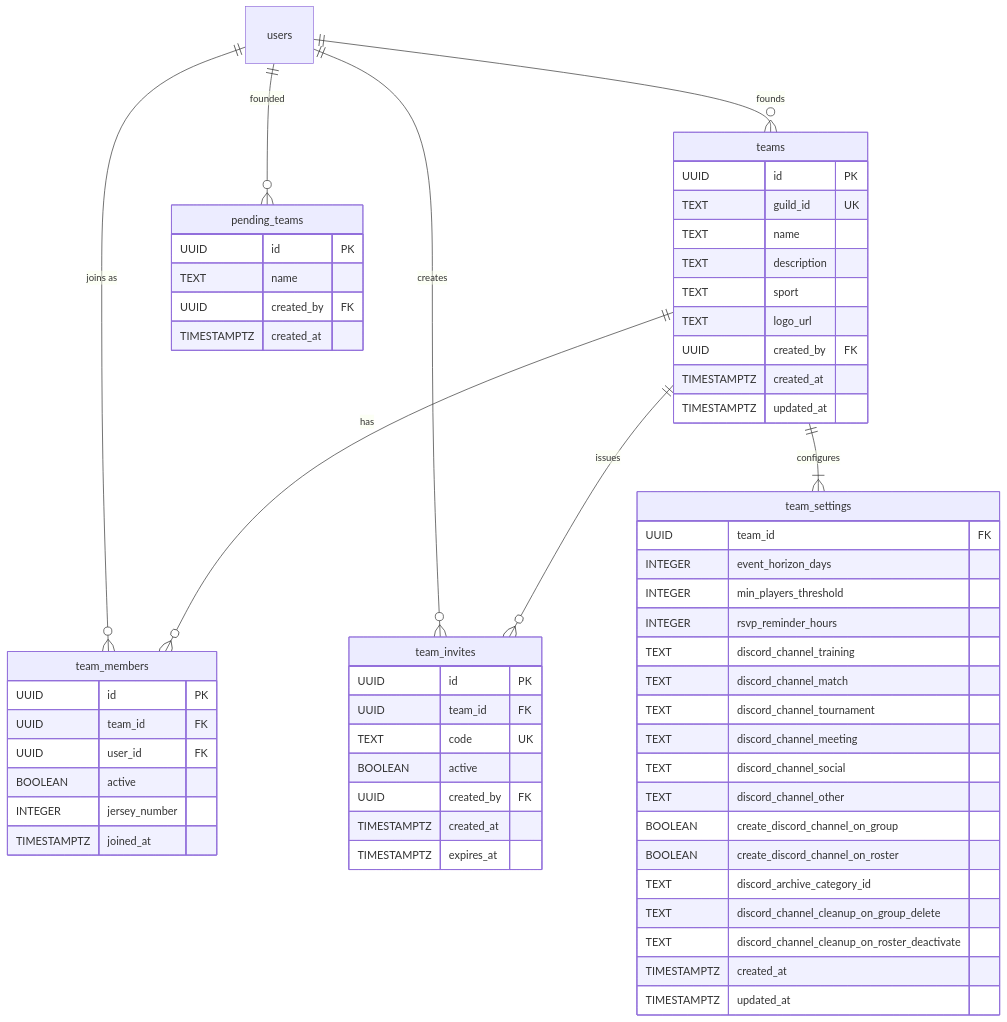
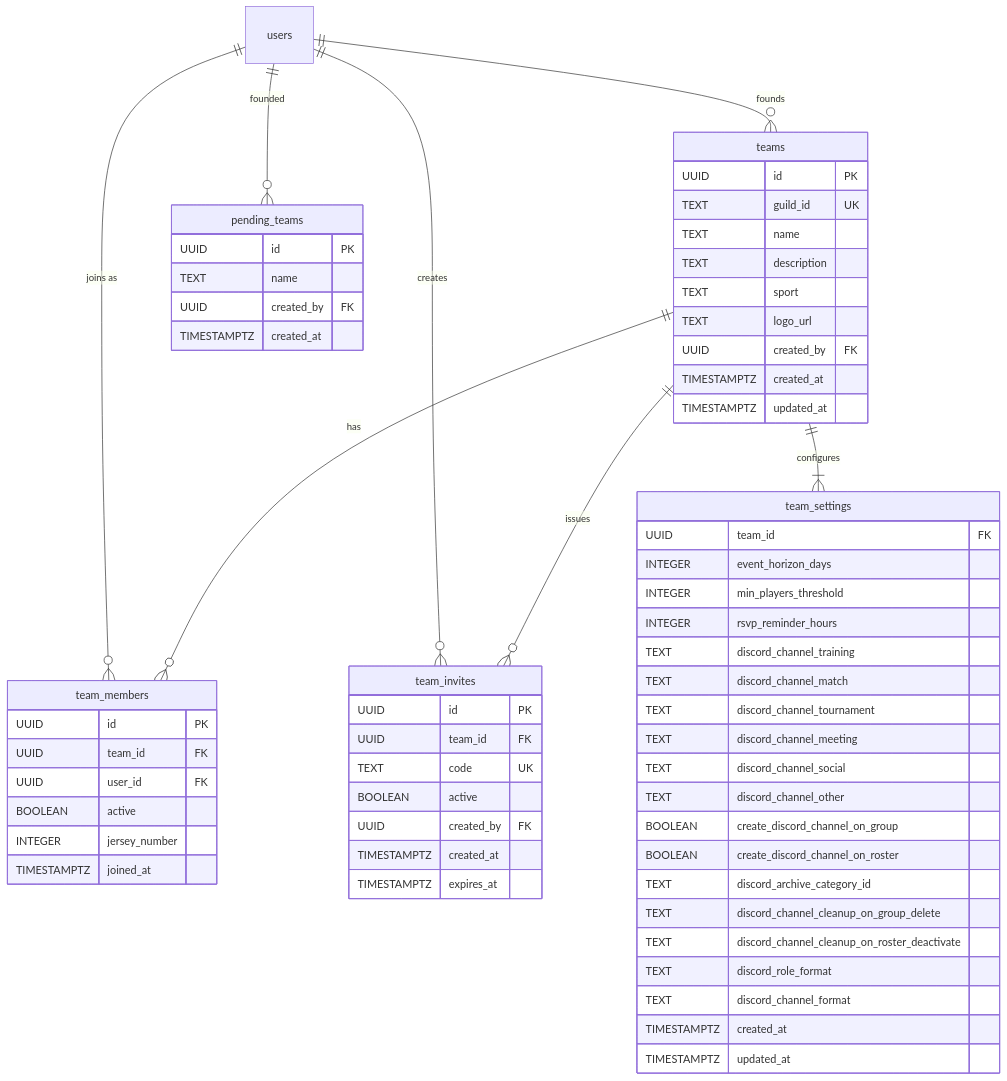
One commit to maxa-ondrej/sideline changed the third of 12 diagrams in docs/thesis/er-diagram.md. Above: the diagram before and after it, drawn with Mermaid. The commit also changed other lines of this file and 28 other files, not shown here.

First line of the commit message:
Add Discord channel/role format options to team settings (#154)

````diff
--- a/docs/thesis/er-diagram.md
+++ b/docs/thesis/er-diagram.md
@@ -143,68 +143,70 @@
 ```mermaid
 erDiagram
     teams {
         UUID id PK
         TEXT guild_id UK
         TEXT name
         TEXT description
         TEXT sport
         TEXT logo_url
         UUID created_by FK
         TIMESTAMPTZ created_at
         TIMESTAMPTZ updated_at
     }
 
     team_members {
         UUID id PK
         UUID team_id FK
         UUID user_id FK
         BOOLEAN active
         INTEGER jersey_number
         TIMESTAMPTZ joined_at
     }
 
     team_invites {
         UUID id PK
         UUID team_id FK
         TEXT code UK
         BOOLEAN active
         UUID created_by FK
         TIMESTAMPTZ created_at
         TIMESTAMPTZ expires_at
     }
 
     team_settings {
         UUID team_id FK
         INTEGER event_horizon_days
         INTEGER min_players_threshold
         INTEGER rsvp_reminder_hours
         TEXT discord_channel_training
         TEXT discord_channel_match
         TEXT discord_channel_tournament
         TEXT discord_channel_meeting
         TEXT discord_channel_social
         TEXT discord_channel_other
         BOOLEAN create_discord_channel_on_group
         BOOLEAN create_discord_channel_on_roster
         TEXT discord_archive_category_id
         TEXT discord_channel_cleanup_on_group_delete
         TEXT discord_channel_cleanup_on_roster_deactivate
+        TEXT discord_role_format
+        TEXT discord_channel_format
         TIMESTAMPTZ created_at
         TIMESTAMPTZ updated_at
     }
 
     pending_teams {
         UUID id PK
         TEXT name
         UUID created_by FK
         TIMESTAMPTZ created_at
     }
 
     users ||--o{ teams : "founds"
     users ||--o{ team_members : "joins as"
     users ||--o{ team_invites : "creates"
     users ||--o{ pending_teams : "founded"
     teams ||--o{ team_members : "has"
     teams ||--o{ team_invites : "issues"
     teams ||--|{ team_settings : "configures"
 ```
````
